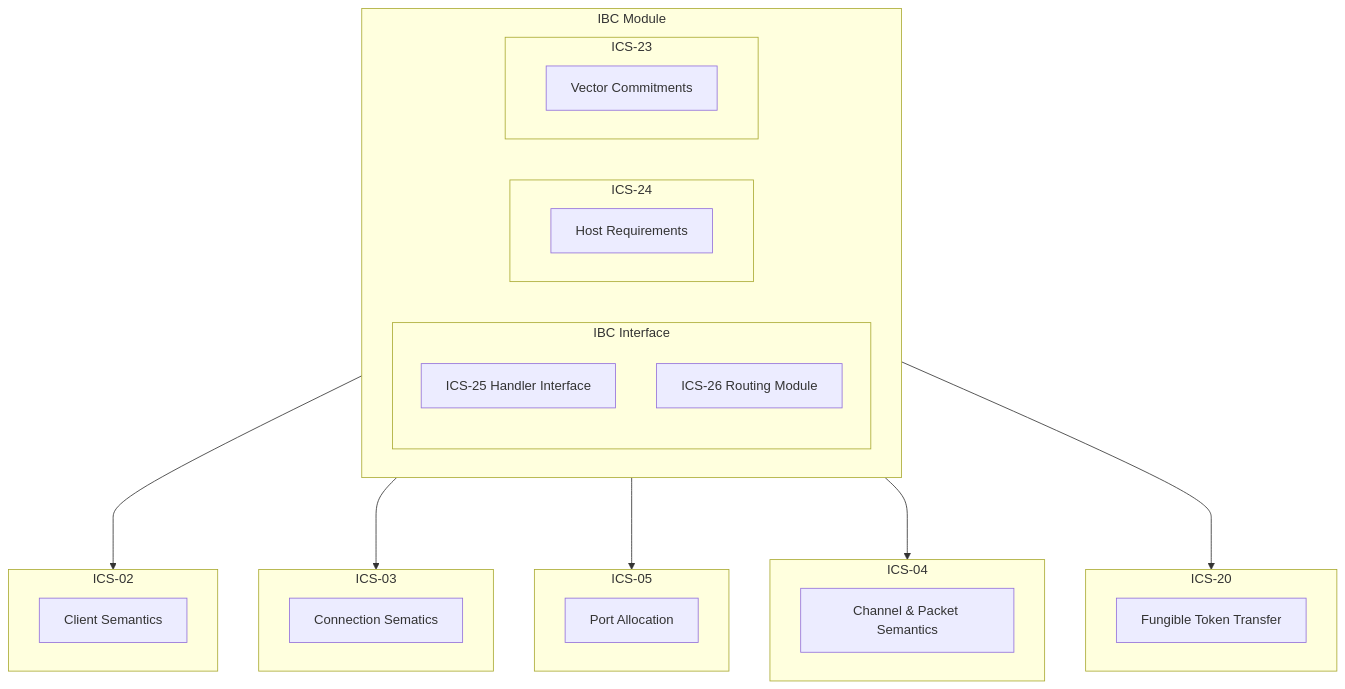
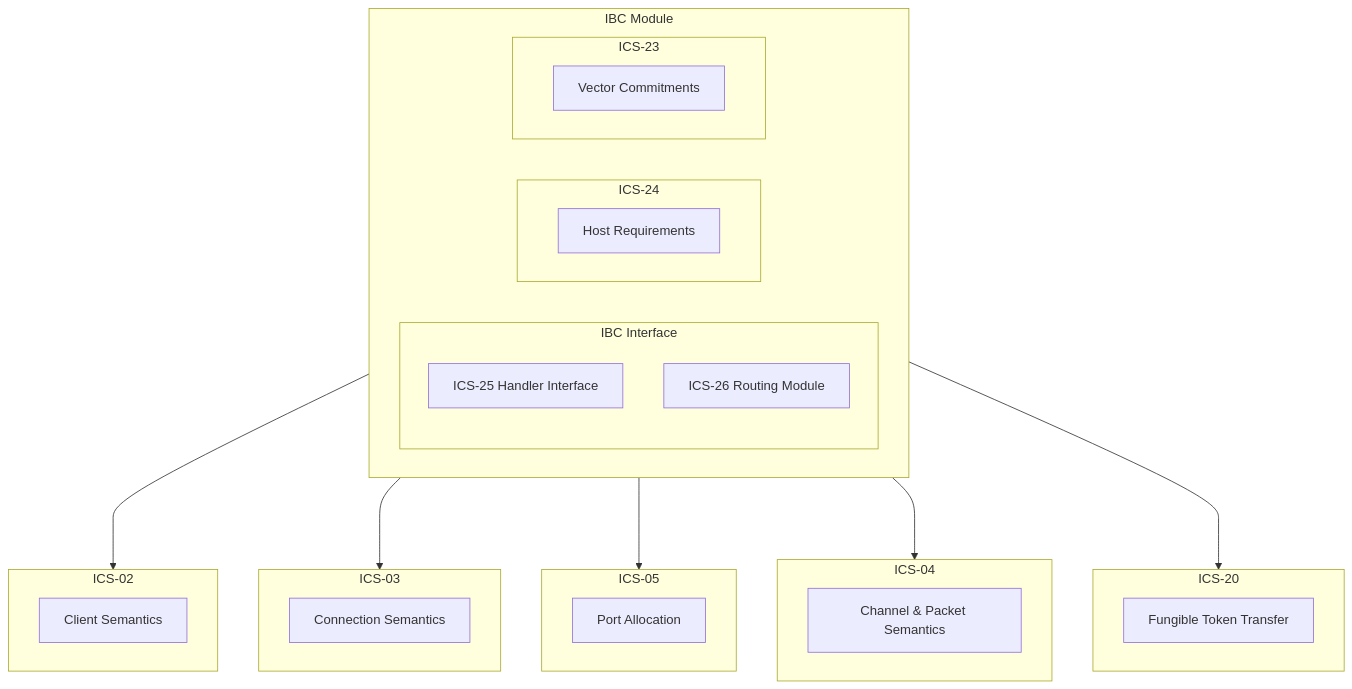
One commit to h5law/pokt-ibc-integration changed the diagram in phase1/ics24/ics24.md. Above: the diagram before and after it, drawn with Mermaid. The commit also changed other lines of this file, not shown here.

````diff
--- a/phase1/ics24/ics24.md
+++ b/phase1/ics24/ics24.md
@@ -42,35 +44,35 @@
 ```mermaid
 flowchart TD
     subgraph IBC[IBC Module]
         subgraph 23[ICS-23]
             VC[Vector Commitments]
         end
         subgraph 24[ICS-24]
             HR[Host Requirements]
         end
         subgraph I[IBC Interface]
             IF[ICS-25 Handler Interface]
             IR[ICS-26 Routing Module]
         end
     end
     subgraph 2[ICS-02]
         CL[Client Semantics]
     end
     subgraph 3[ICS-03]
-        CO[Connection Sematics]
+        CO[Connection Semantics]
     end
     subgraph 5[ICS-05]
         PA[Port Allocation]
     end
     subgraph 4[ICS-04]
         CP[Channel & Packet Semantics]
     end
     subgraph 20[ICS-20]
         FT[Fungible Token Transfer]
     end
     IBC ---> 2
     IBC ---> 3
     IBC ---> 5
     IBC ---> 4
     IBC ---> 20
 ```
````
